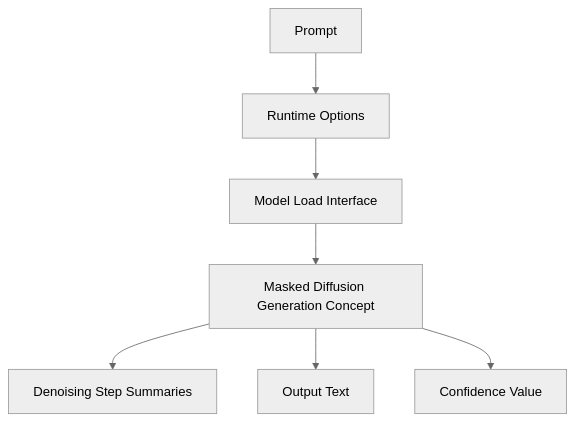
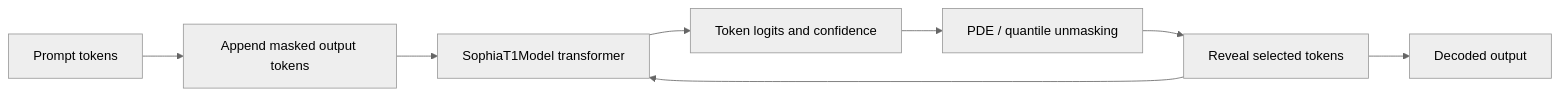
One commit to Chorozion/Casandra-t1-diffusion-edge-model changed the first of 2 diagrams in docs/architecture.md. Above: the diagram before and after it, drawn with Mermaid (neutral theme). The commit also changed other lines of this file and 47 other files, not shown here.

````diff
--- a/docs/architecture.md
+++ b/docs/architecture.md
@@ -9,9 +7,10 @@
 ```mermaid
-flowchart TD
-  A[Prompt] --> B[Runtime Options]
-  B --> C[Model Load Interface]
-  C --> D[Masked Diffusion Generation Concept]
-  D --> E[Denoising Step Summaries]
-  D --> F[Output Text]
-  D --> G[Confidence Value]
+flowchart LR
+    Prompt[Prompt tokens] --> Mask[Append masked output tokens]
+    Mask --> Model[SophiaT1Model transformer]
+    Model --> Scores[Token logits and confidence]
+    Scores --> Scheduler[PDE / quantile unmasking]
+    Scheduler --> Update[Reveal selected tokens]
+    Update --> Model
+    Update --> Output[Decoded output]
 ```
````
